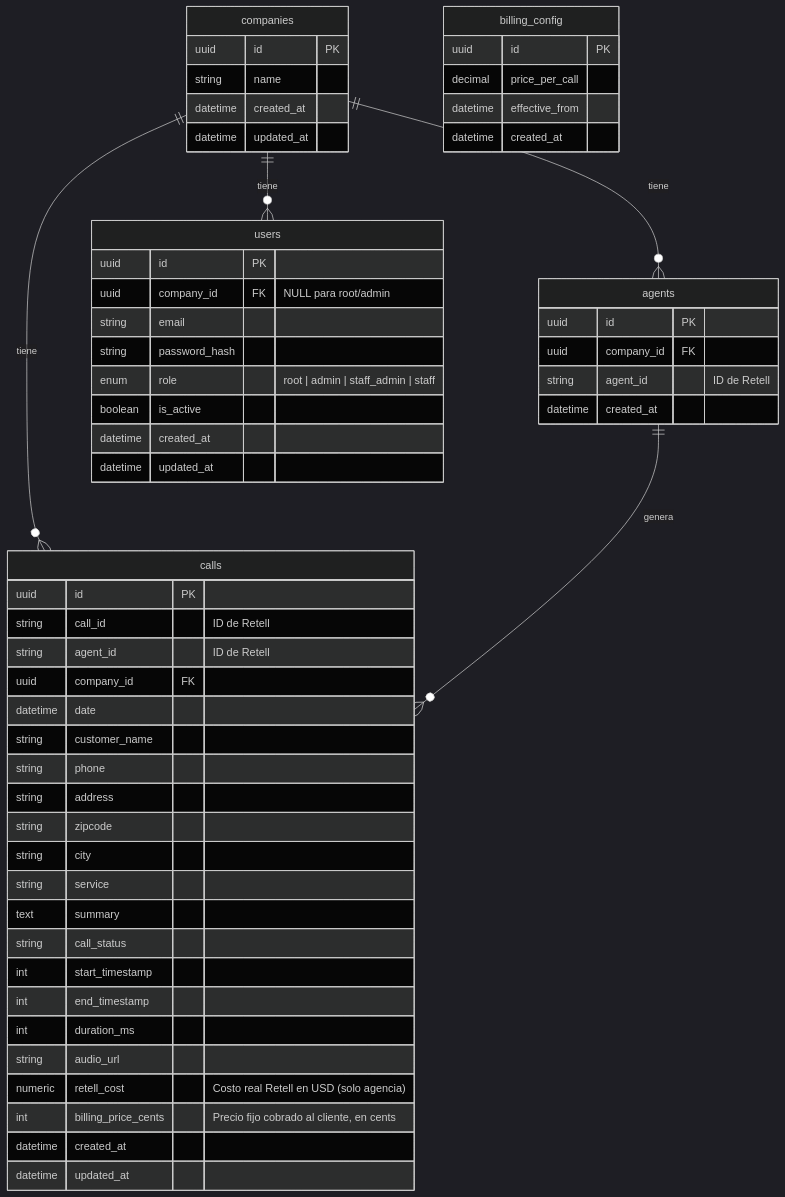
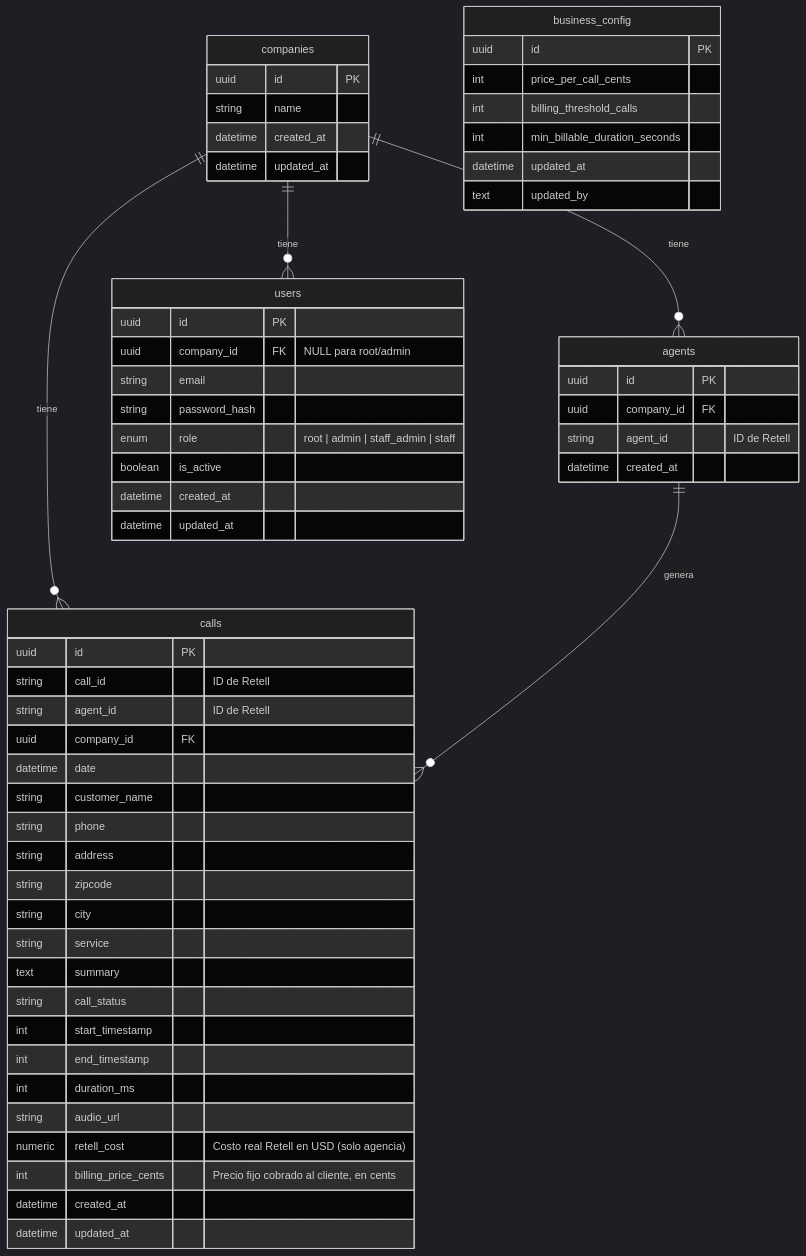
Before and after one commit to Tree-Service-Marketing-Agency/call-system: the diagram in docs/database.md, drawn with Mermaid (dark theme). The commit also changed other lines of this file and 18 other files, not shown here.

First line of the commit message:
feat(billing): auto-void calls shorter than a configurable threshold

````diff
--- a/docs/database.md
+++ b/docs/database.md
@@ -5,63 +5,65 @@
 ```mermaid
 erDiagram
     companies {
         uuid id PK
         string name
         datetime created_at
         datetime updated_at
     }
 
     agents {
         uuid id PK
         uuid company_id FK
         string agent_id "ID de Retell"
         datetime created_at
     }
 
     users {
         uuid id PK
         uuid company_id FK "NULL para root/admin"
         string email
         string password_hash
         enum role "root | admin | staff_admin | staff"
         boolean is_active
         datetime created_at
         datetime updated_at
     }
 
     calls {
         uuid id PK
         string call_id "ID de Retell"
         string agent_id "ID de Retell"
         uuid company_id FK
         datetime date
         string customer_name
         string phone
         string address
         string zipcode
         string city
         string service
         text summary
         string call_status
         int start_timestamp
         int end_timestamp
         int duration_ms
         string audio_url
         numeric retell_cost "Costo real Retell en USD (solo agencia)"
         int billing_price_cents "Precio fijo cobrado al cliente, en cents"
         datetime created_at
         datetime updated_at
     }
 
-    billing_config {
+    business_config {
         uuid id PK
-        decimal price_per_call
-        datetime effective_from
-        datetime created_at
+        int price_per_call_cents
+        int billing_threshold_calls
+        int min_billable_duration_seconds
+        datetime updated_at
+        text updated_by
     }
 
     companies ||--o{ agents : "tiene"
     companies ||--o{ users : "tiene"
     companies ||--o{ calls : "tiene"
     agents ||--o{ calls : "genera"
 ```
````
